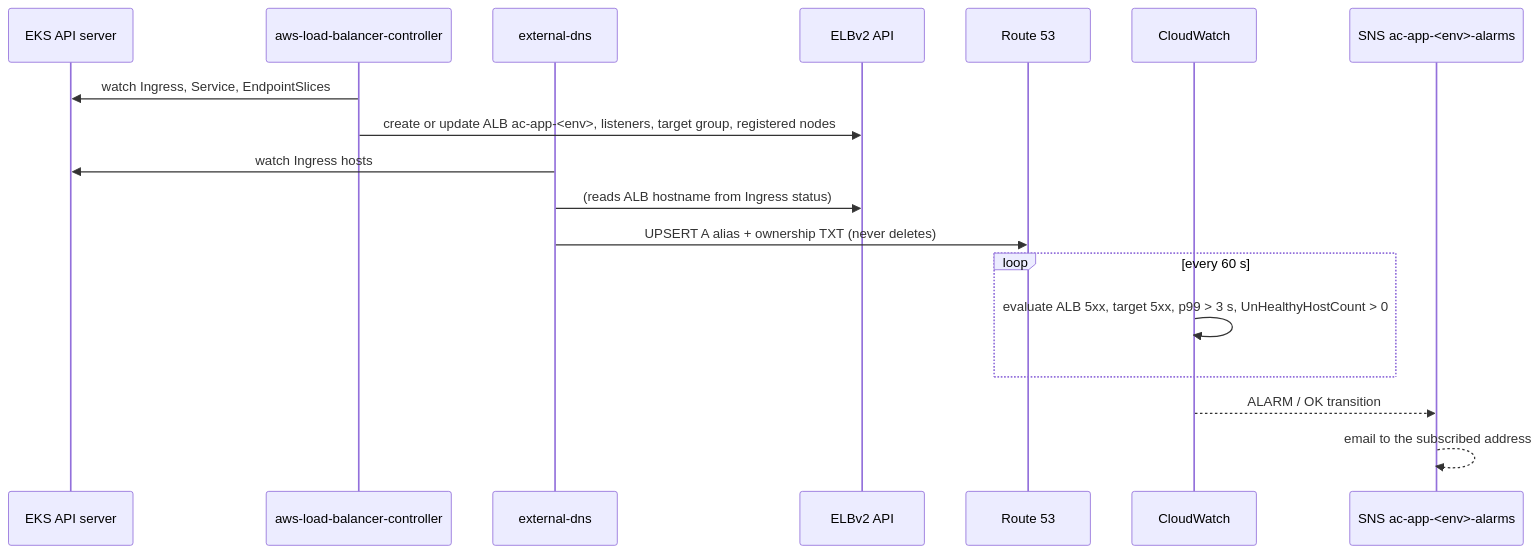
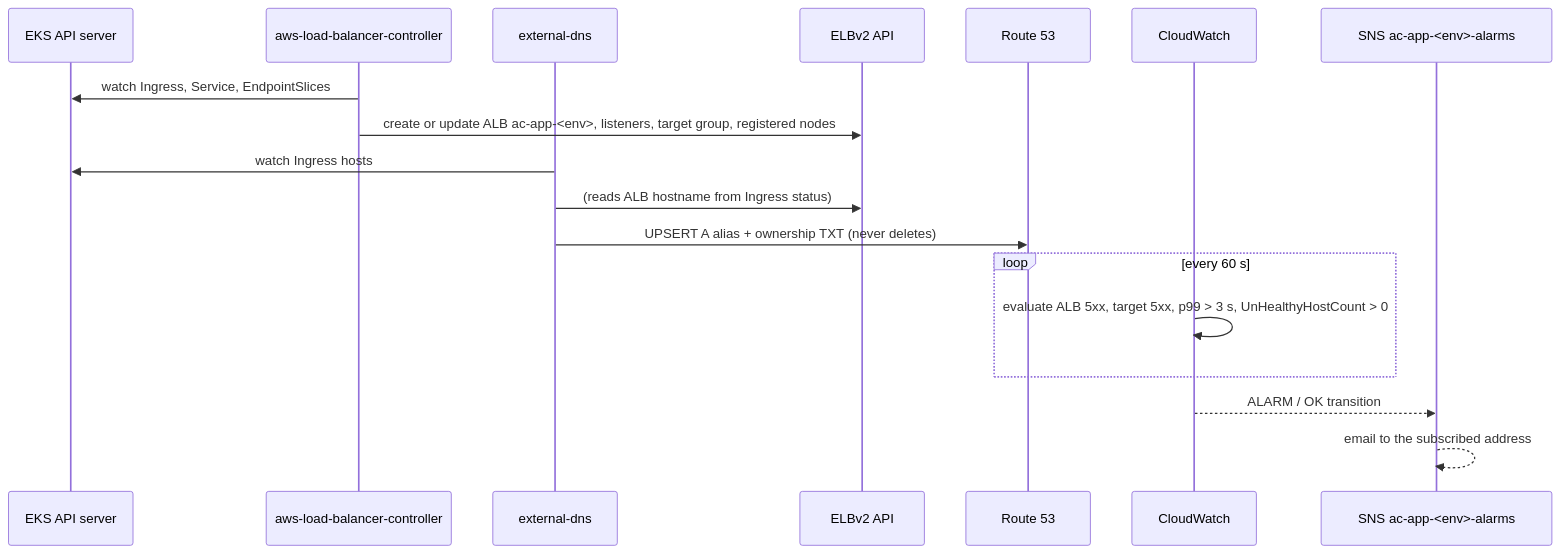
Before and after one commit to team-automation-calculator/core-iac: the fifth of 5 diagrams in docs/architecture/request-flow.md, drawn with Mermaid. The commit also changed other lines of this file and 1 other file, not shown here.

Commit message:
Docs: escape angle-bracket placeholders in sequence diagrams

````diff
--- a/docs/architecture/request-flow.md
+++ b/docs/architecture/request-flow.md
@@ -111,21 +111,21 @@
 ```mermaid
 sequenceDiagram
     participant API as EKS API server
     participant LBC as aws-load-balancer-controller
     participant XD as external-dns
     participant ELB as ELBv2 API
     participant R53 as Route 53
     participant CW as CloudWatch
-    participant SNS as SNS ac-app-<env>-alarms
+    participant SNS as SNS ac-app-#lt;env#gt;-alarms
 
     LBC->>API: watch Ingress, Service, EndpointSlices
-    LBC->>ELB: create or update ALB ac-app-<env>, listeners, target group, registered nodes
+    LBC->>ELB: create or update ALB ac-app-#lt;env#gt;, listeners, target group, registered nodes
     XD->>API: watch Ingress hosts
     XD->>ELB: (reads ALB hostname from Ingress status)
     XD->>R53: UPSERT A alias + ownership TXT (never deletes)
     loop every 60 s
         CW->>CW: evaluate ALB 5xx, target 5xx, p99 > 3 s, UnHealthyHostCount > 0
     end
     CW-->>SNS: ALARM / OK transition
     SNS-->>SNS: email to the subscribed address
 ```
````
